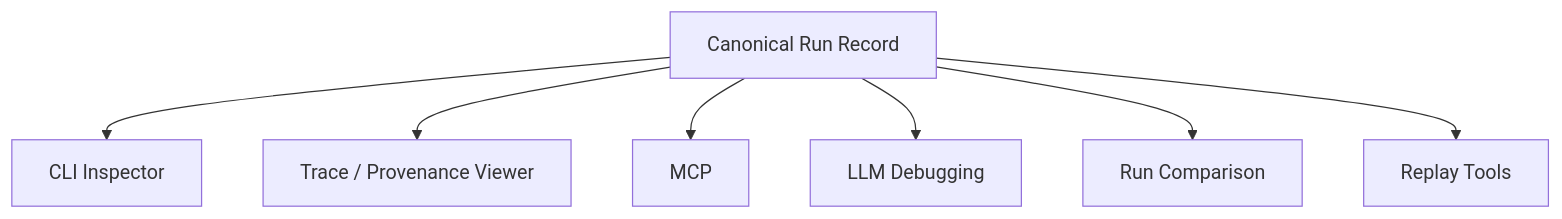
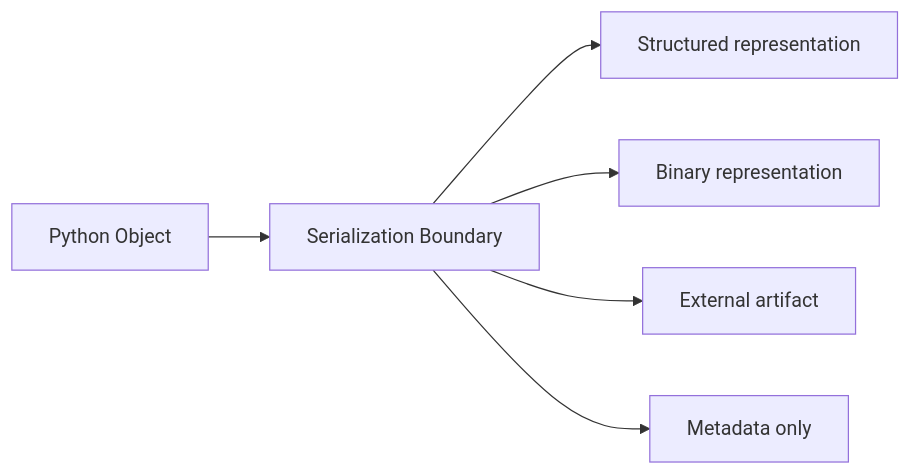
Before and after one commit to aam-cloudsky/Reed: the tenth of 13 diagrams in roadmap.md, drawn with Mermaid. The commit also changed other lines of this file, not shown here.

First line of the commit message:
Revise Reed Architectural Roadmap for clarity and structure

````diff
--- a/roadmap.md
+++ b/roadmap.md
@@ -591,11 +708,9 @@
 ```mermaid
-flowchart TD
-    RR["Canonical Run Record"]
+flowchart LR
+    O["Python Object"] --> S["Serialization Boundary"]
 
-    RR --> CLI["CLI Inspector"]
-    RR --> V["Trace / Provenance Viewer"]
-    RR --> MCP["MCP"]
-    RR --> LLM["LLM Debugging"]
-    RR --> CMP["Run Comparison"]
-    RR --> REP["Replay Tools"]
+    S --> J["Structured representation"]
+    S --> B["Binary representation"]
+    S --> A["External artifact"]
+    S --> M["Metadata only"]
 ```
````
